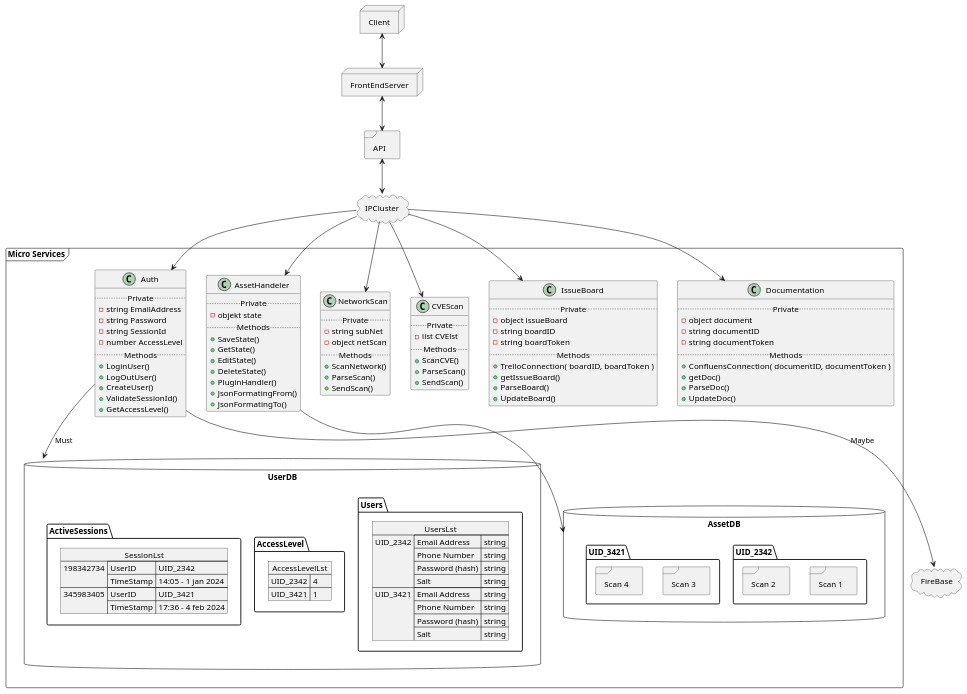
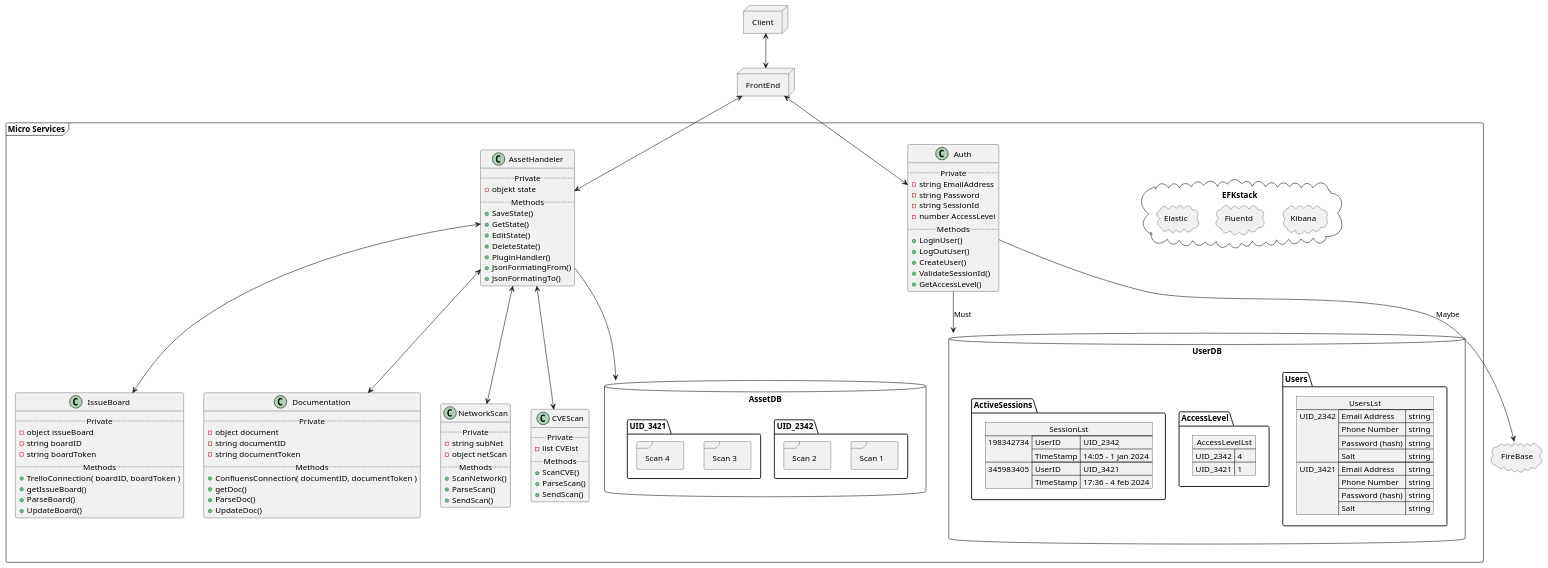
One commit to 2O26/asset-inventory changed the diagram in Template Struktures/microservices.puml. Above: the diagram before and after it, drawn with PlantUML.

Commit message:
NOID: Updataded plantuml

```diff
--- a/Template Struktures/microservices.puml
+++ b/Template Struktures/microservices.puml
@@ -1,150 +1,170 @@
 @startuml "MicroServices"
 allow_mixing
 
 node Client
 
-node FrontEndServer
+node FrontEnd
 
-frame API
+' frame API
 
-cloud IPCluster
+' cloud IPCluster
 cloud FireBase
 
 frame "Micro Services" {
   ' DB 1
   class Auth {
     ..Private..
     - string EmailAddress
     - string Password
     - string SessionId
     - number AccessLevel
     ..Methods..
     + LoginUser()
     + LogOutUser()
     + CreateUser()
     + ValidateSessionId()
     + GetAccessLevel()
   }
 
   ' DB 2
   class AssetHandeler {
     ..Private..
     - objekt state
     ..Methods..
     + SaveState()
     + GetState()
     + EditState()
     + DeleteState()
     + PluginHandler()
     + JsonFormatingFrom()
     + JsonFormatingTo()
   }
 
   class NetworkScan {
     ..Private..
     - string subNet
     - object netScan
     ..Methods..
     + ScanNetwork()
     + ParseScan()
     + SendScan()
   }
 
   class CVEScan {
     ..Private..
     - list CVElst
     ..Methods..
     + ScanCVE()
     + ParseScan()
     + SendScan()
   }
 
   class IssueBoard {
     ..Private..
     - object issueBoard
     - string boardID
     - string boardToken
     ..Methods..
     + TrelloConnection( boardID, boardToken )
     + getIssueBoard()
     + ParseBoard()
     + UpdateBoard()
   }
 
   class Documentation {
     ..Private..
     - object document
     - string documentID
     - string documentToken
     ..Methods..
     + ConfluensConnection( documentID, documentToken )
     + getDoc()
     + ParseDoc()
     + UpdateDoc()
   }
 
+  cloud EFKstack {
+    cloud Kibana {
+
+    } 
+
+    cloud Fluentd {
+
+    }
+
+    cloud Elastic {
+
+    }
+    
+  }
+
   database UserDB {
     folder Users {
         json UsersLst {
           "UID_2342": {
             "Email Address" : "string",
             "Phone Number" : "string",
             "Password (hash)" : "string",
             "Salt" : "string"
           }
           ,
           "UID_3421" : {
             "Email Address" : "string",
             "Phone Number" : "string",
             "Password (hash)" : "string",
             "Salt" : "string"
           }
         }
     }
 
     folder AccessLevel {
       json AccessLevelLst {
         "UID_2342": "4",
         "UID_3421": "1"
       }
 
     }
 
     folder ActiveSessions {
       json SessionLst {
         "198342734": {"UserID": "UID_2342", "TimeStamp": "14:05 - 1 jan 2024"},
         "345983405": {"UserID": "UID_3421", "TimeStamp": "17:36 - 4 feb 2024"}
       }
 
     }
   }
 
   database AssetDB {
     folder UID_2342 {
       frame "Scan 1"
       frame "Scan 2"
     }
     folder UID_3421 {
       frame "Scan 3"
       frame "Scan 4"
     }
   }
 }
 
 
-Client <--> FrontEndServer
-FrontEndServer <--> API
-API <--> IPCluster
-IPCluster --> Auth
-IPCluster --> AssetHandeler
-IPCluster --> NetworkScan
-IPCluster --> CVEScan
-IPCluster --> IssueBoard
-IPCluster --> Documentation
+Client <--> FrontEnd
+FrontEnd <--> AssetHandeler
+FrontEnd <--> Auth
+AssetHandeler <--> NetworkScan
+AssetHandeler <--> CVEScan
+AssetHandeler <--> IssueBoard
+AssetHandeler <--> Documentation
+' EFKstack <-- AssetHandeler
+' EFKstack <-- NetworkScan
+' EFKstack <-- CVEScan
+' EFKstack <-- IssueBoard
+' EFKstack <-- Auth
+' EFKstack <-- UserDB
 Auth --> UserDB: Must
 Auth --> FireBase: Maybe
 AssetHandeler --> AssetDB
 
 
 
+
 @enduml
```
